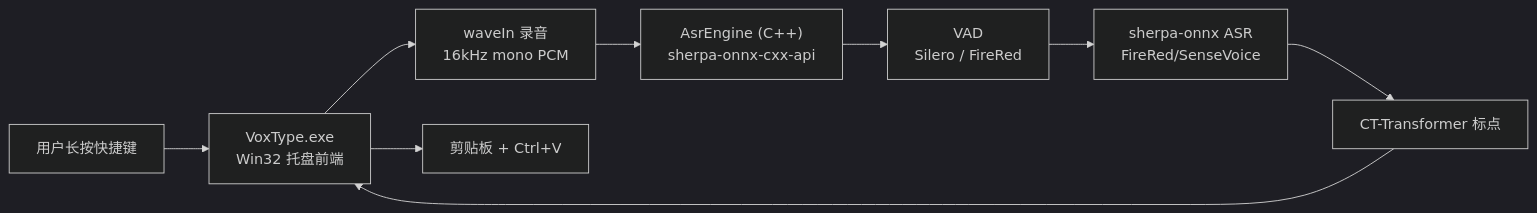
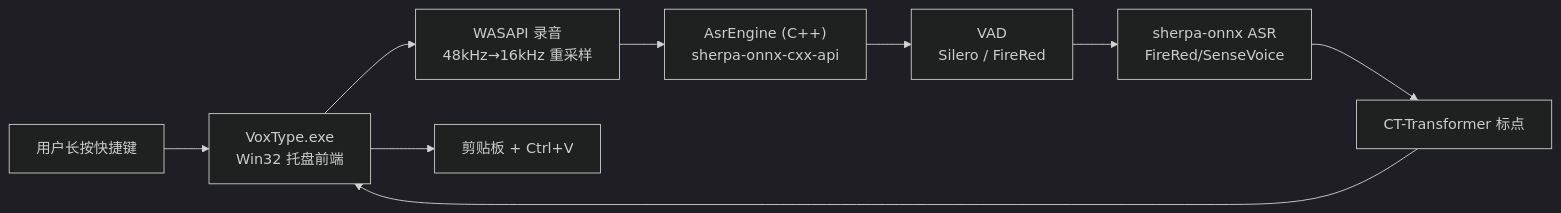
The first of 2 diagrams in doc/ARCHITECTURE_zh.md (melody0709/Voice_LLM_ASR_Input), drawn with Mermaid (dark theme) before and after one commit. The commit also changed other lines of this file and 17 other files, not shown here.

````diff
--- a/doc/ARCHITECTURE_zh.md
+++ b/doc/ARCHITECTURE_zh.md
@@ -9,11 +9,11 @@
 ```mermaid
 flowchart LR
     User["用户长按快捷键"] --> Frontend["VoxType.exe<br/>Win32 托盘前端"]
-    Frontend --> Recorder["waveIn 录音<br/>16kHz mono PCM"]
+    Frontend --> Recorder["WASAPI 录音<br/>48kHz→16kHz 重采样"]
     Recorder --> Engine["AsrEngine (C++)<br/>sherpa-onnx-cxx-api"]
     Engine --> VAD["VAD<br/>Silero / FireRed"]
     VAD --> ASR["sherpa-onnx ASR<br/>FireRed/SenseVoice"]
     ASR --> Punct["CT-Transformer 标点"]
     Punct --> Frontend
     Frontend --> Inject["剪贴板 + Ctrl+V"]
 ```
````
